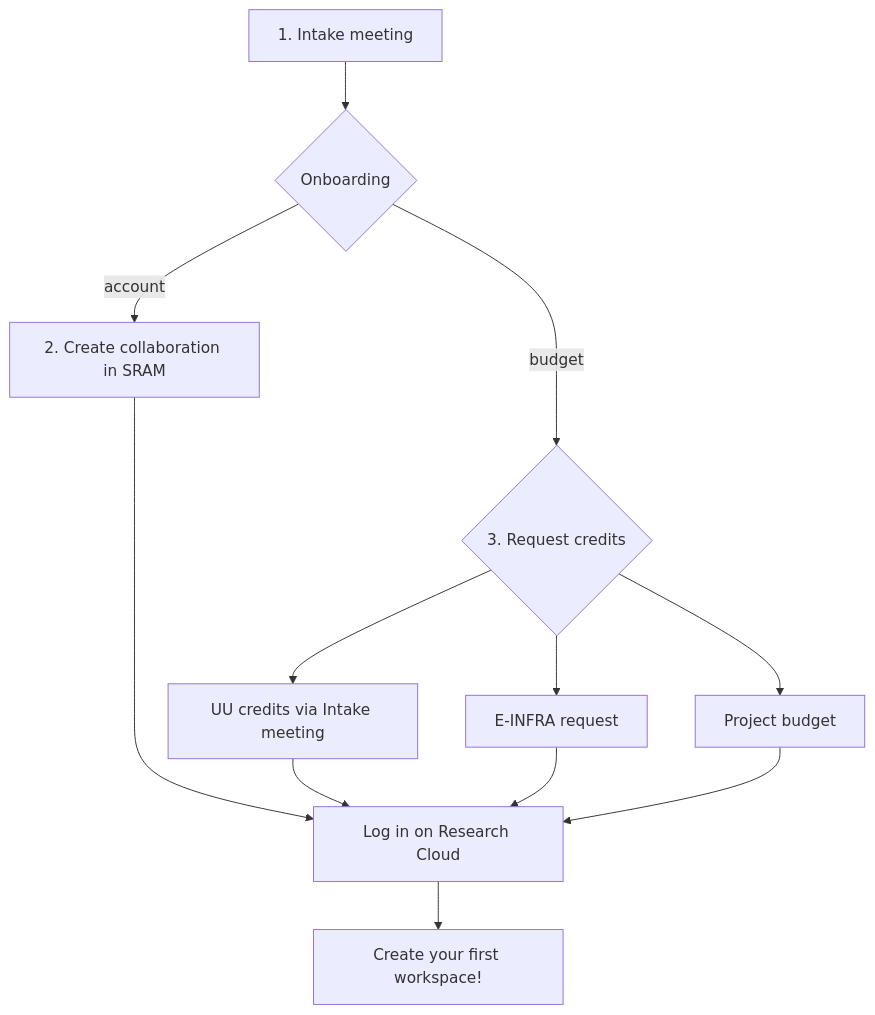
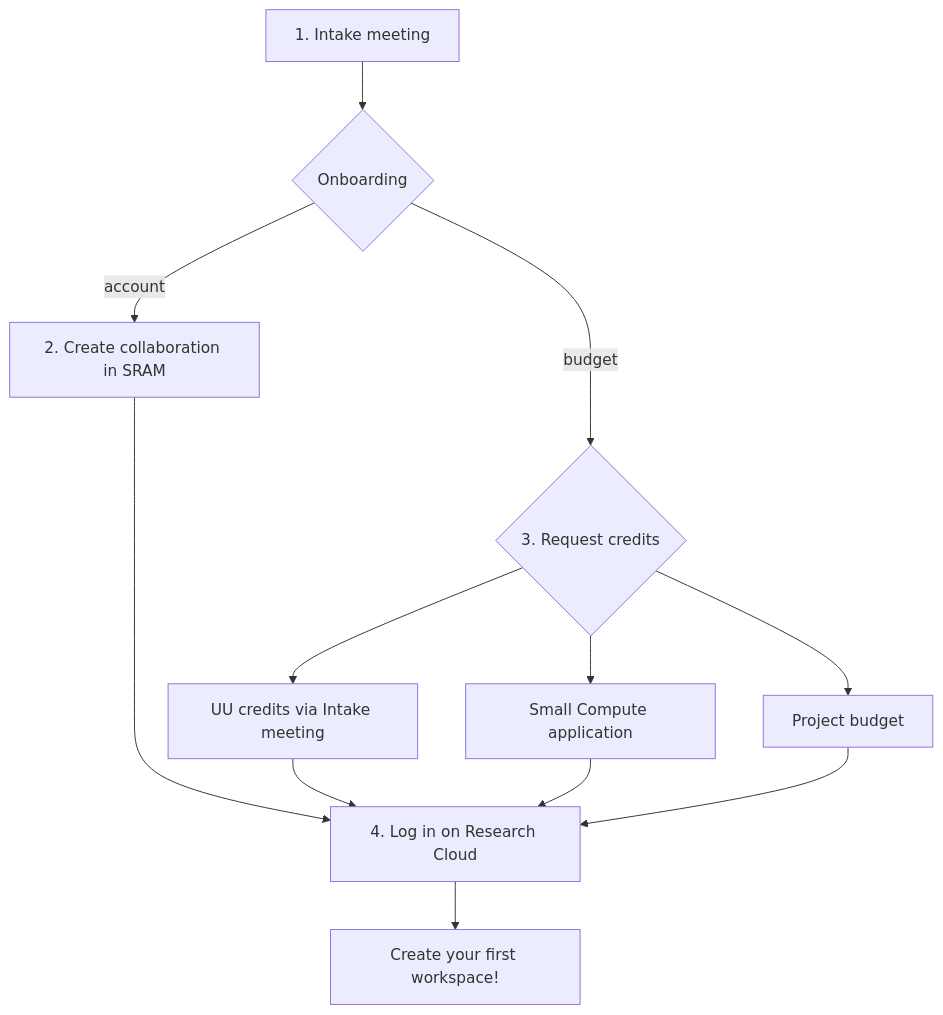
One commit to UtrechtUniversity/vre-docs changed the diagram in docs/onboarding.qmd. Above: the diagram before and after it, drawn with Mermaid. The commit also changed other lines of this file, not shown here.

````diff
--- a/docs/onboarding.qmd
+++ b/docs/onboarding.qmd
@@ -24,15 +24,15 @@
 ```{mermaid}
 flowchart TD
   A[1. Intake meeting] --> B{Onboarding}
   B -- budget --> C{3. Request credits}
   C --> F[UU credits via Intake meeting]
-  C --> G[E-INFRA request]
+  C --> G[Small Compute application]
   C --> H[Project budget]
   B -- account --> D[2. Create collaboration in SRAM]
-  D ----> E[Log in on Research Cloud]
-  F --> E[Log in on Research Cloud]
-  G --> E[Log in on Research Cloud]
-  H --> E[Log in on Research Cloud]
+  D ----> E[4. Log in on Research Cloud]
+  F --> E[4. Log in on Research Cloud]
+  G --> E[4. Log in on Research Cloud]
+  H --> E[4. Log in on Research Cloud]
   E --> J[Create your first workspace!]
 
 ```
````
